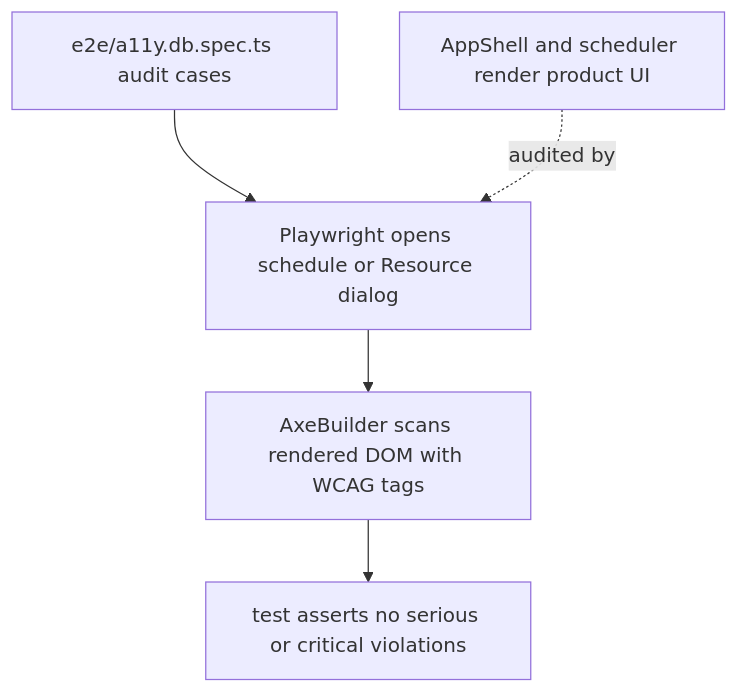
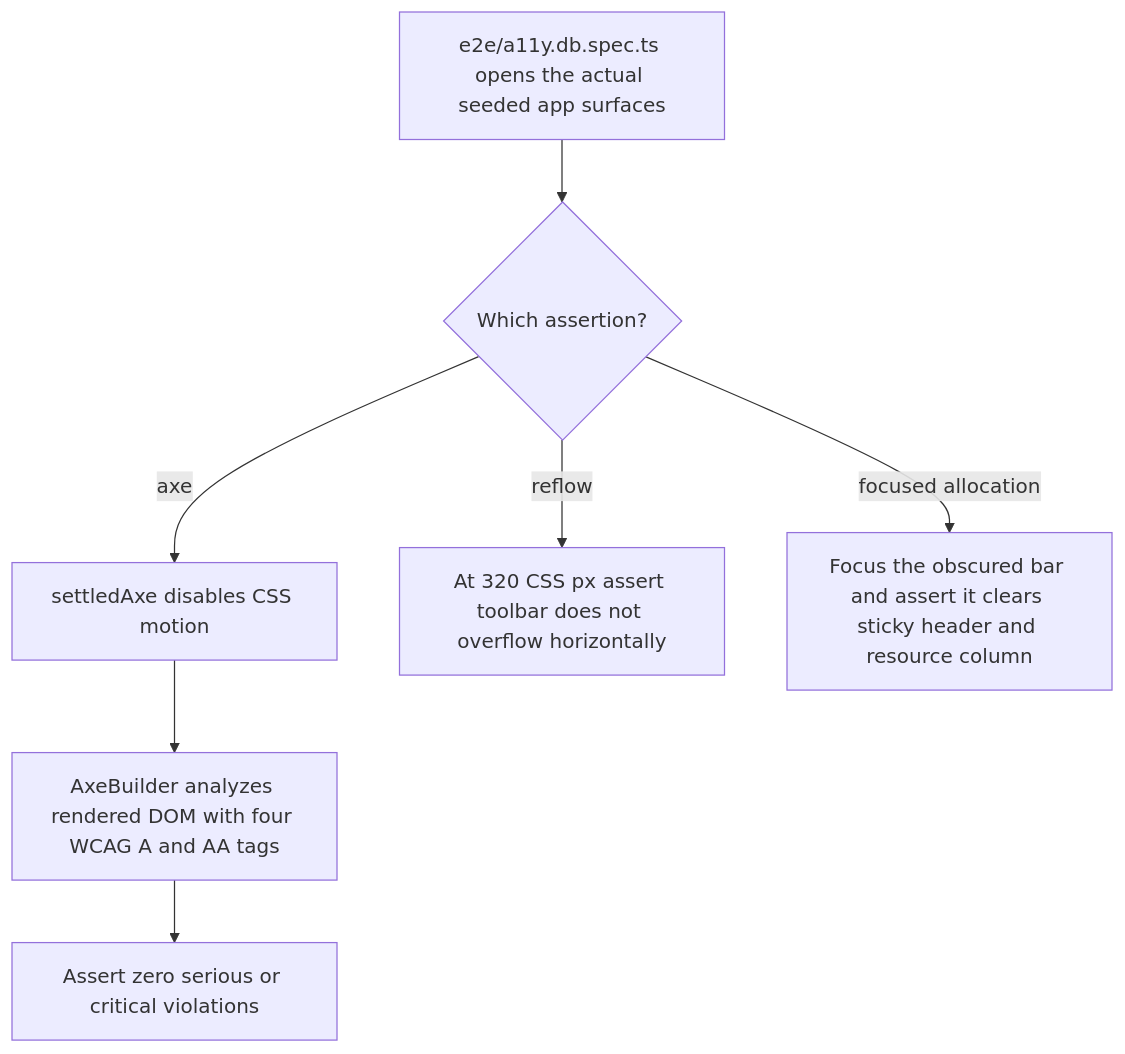
Before and after one commit to Kevinjohn/capacitylens: the second of 2 diagrams in user-stories/accessibility/US-KBD-04-axe-clean.md, drawn with Mermaid. The commit also changed other lines of this file and 172 other files, not shown here.

Commit message:
docs: reconcile user story code flows with source

````diff
--- a/user-stories/accessibility/US-KBD-04-axe-clean.md
+++ b/user-stories/accessibility/US-KBD-04-axe-clean.md
@@ -34,7 +36,9 @@
 ```mermaid
 flowchart TD
-  spec["e2e/a11y.db.spec.ts audit cases"] --> render["Playwright opens schedule or Resource dialog"]
-  render --> axe["AxeBuilder scans rendered DOM with WCAG tags"]
-  axe --> assert["test asserts no serious or critical violations"]
-  ui["AppShell and scheduler render product UI"] -. audited by .-> render
+  spec["e2e/a11y.db.spec.ts opens the actual seeded app surfaces"] --> kind{"Which assertion?"}
+  kind -->|axe| settle["settledAxe disables CSS motion"]
+  settle --> scan["AxeBuilder analyzes rendered DOM with four WCAG A and AA tags"]
+  scan --> assert["Assert zero serious or critical violations"]
+  kind -->|reflow| narrow["At 320 CSS px assert toolbar does not overflow horizontally"]
+  kind -->|focused allocation| focus["Focus the obscured bar and assert it clears sticky header and resource column"]
 ```
````
